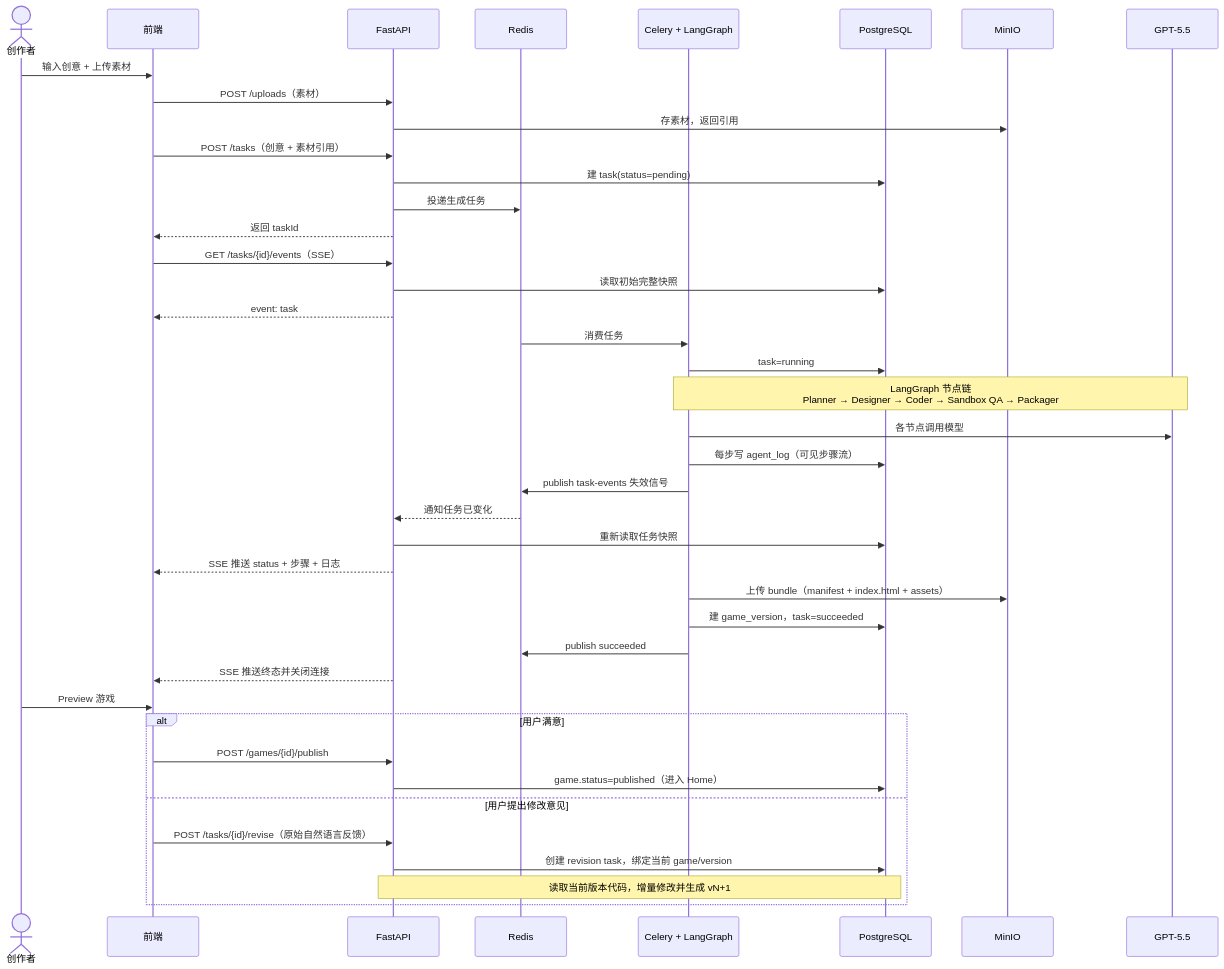
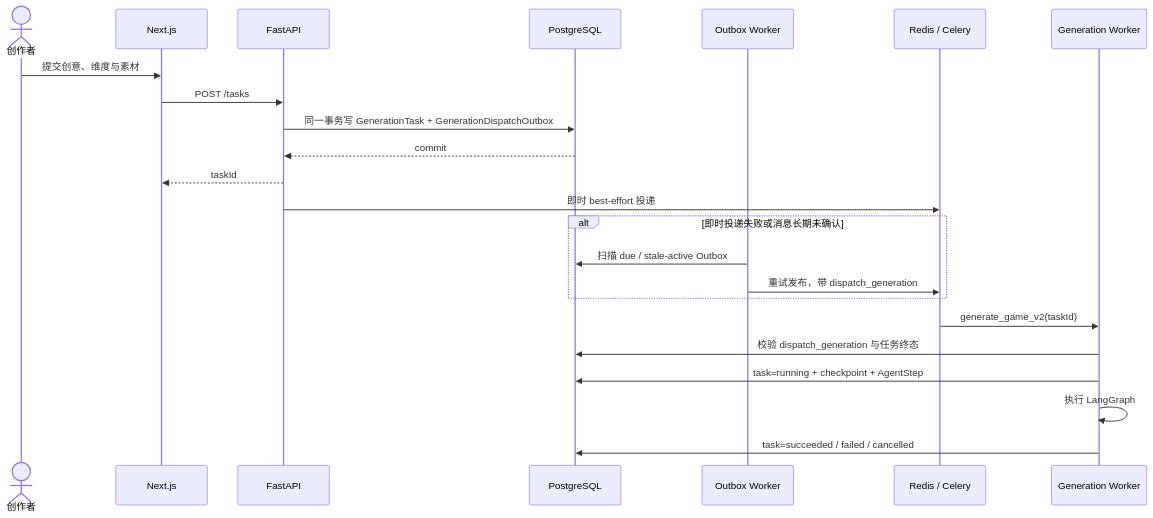
Before and after one commit to charlie11sun-netizen/yahaha: the second of 5 diagrams in docs/系统架构.md, drawn with Mermaid. The commit also changed other lines of this file and 67 other files, not shown here.

````diff
--- a/docs/系统架构.md
+++ b/docs/系统架构.md
@@ -83,46 +131,28 @@
 ```mermaid
 sequenceDiagram
     actor U as 创作者
-    participant FE as 前端
+    participant FE as Next.js
     participant API as FastAPI
-    participant Q as Redis
-    participant W as Celery + LangGraph
     participant DB as PostgreSQL
-    participant S3 as MinIO
-    participant M as GPT-5.5
+    participant OB as Outbox Worker
+    participant R as Redis / Celery
+    participant W as Generation Worker
 
-    U->>FE: 输入创意 + 上传素材
-    FE->>API: POST /uploads（素材）
-    API->>S3: 存素材，返回引用
-    FE->>API: POST /tasks（创意 + 素材引用）
-    API->>DB: 建 task(status=pending)
-    API->>Q: 投递生成任务
-    API-->>FE: 返回 taskId
-    FE->>API: GET /tasks/{id}/events（SSE）
-    API->>DB: 读取初始完整快照
-    API-->>FE: event: task
+    U->>FE: 提交创意、维度与素材
+    FE->>API: POST /tasks
+    API->>DB: 同一事务写 GenerationTask + GenerationDispatchOutbox
+    DB-->>API: commit
+    API-->>FE: taskId
+    API->>R: 即时 best-effort 投递
 
-    Q->>W: 消费任务
-    W->>DB: task=running
-    Note over W,M: LangGraph 节点链<br/>Planner → Designer → Coder → Sandbox QA → Packager
-    W->>M: 各节点调用模型
-    W->>DB: 每步写 agent_log（可见步骤流）
-    W->>Q: publish task-events 失效信号
-    Q-->>API: 通知任务已变化
-    API->>DB: 重新读取任务快照
-    API-->>FE: SSE 推送 status + 步骤 + 日志
-    W->>S3: 上传 bundle（manifest + index.html + assets）
-    W->>DB: 建 game_version，task=succeeded
-    W->>Q: publish succeeded
-    API-->>FE: SSE 推送终态并关闭连接
+    alt 即时投递失败或消息长期未确认
+        OB->>DB: 扫描 due / stale-active Outbox
+        OB->>R: 重试发布，带 dispatch_generation
+    end
 
-    U->>FE: Preview 游戏
-    alt 用户满意
-        FE->>API: POST /games/{id}/publish
-        API->>DB: game.status=published（进入 Home）
-    else 用户提出修改意见
-        FE->>API: POST /tasks/{id}/revise（原始自然语言反馈）
-        API->>DB: 创建 revision task，绑定当前 game/version
-        Note over API,DB: 读取当前版本代码，增量修改并生成 vN+1
-    end
+    R->>W: generate_game_v2(taskId)
+    W->>DB: 校验 dispatch_generation 与任务终态
+    W->>DB: task=running + checkpoint + AgentStep
+    W->>W: 执行 LangGraph
+    W->>DB: task=succeeded / failed / cancelled
 ```
````
